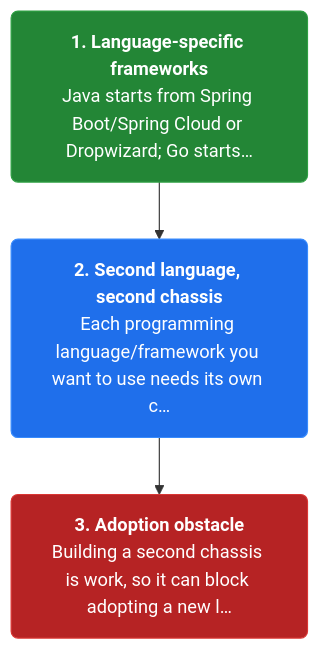
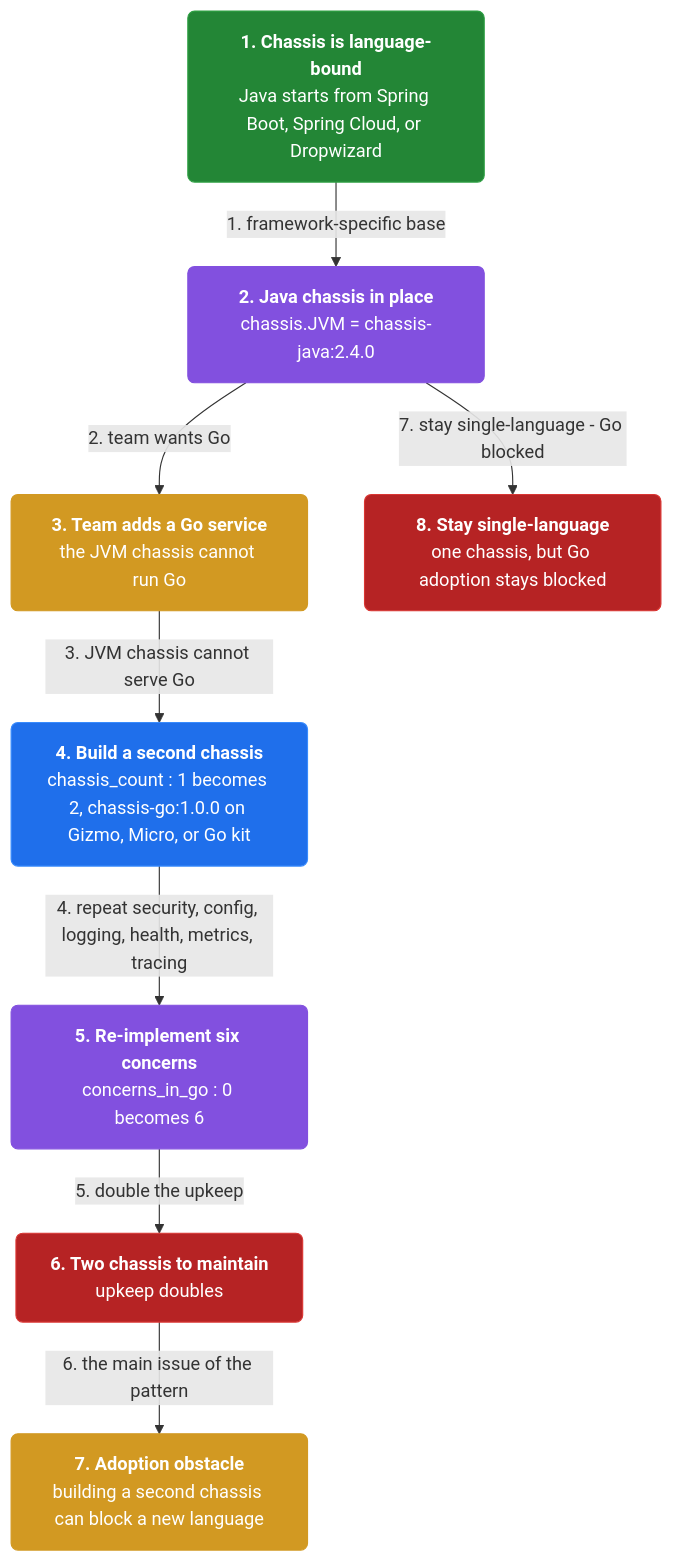
Before and after one commit to vinayakuber/microservices-io-study-guide: the fourth of 4 diagrams in docs/ch30-microservice-chassis.md, drawn with Mermaid. The commit also changed other lines of this file and 46 other files, not shown here.

First line of the commit message:
Author rich branching flow diagrams for all 44 chapters

````diff
--- a/docs/ch30-microservice-chassis.md
+++ b/docs/ch30-microservice-chassis.md
@@ -141,11 +167,23 @@
 ```mermaid
 flowchart TD
-  classDef step fill:#1f6feb,color:#ffffff,stroke:#388bfd,stroke-width:1px,rx:6
+  classDef step fill:#1f6feb,color:#ffffff,stroke:#388bfd,rx:6
+  classDef core fill:#8250df,color:#ffffff,stroke:#8250df,rx:6
+  classDef warn fill:#d29922,color:#ffffff,stroke:#d29922,rx:6
   classDef start fill:#238636,color:#ffffff,stroke:#2ea043,rx:6
   classDef stop fill:#b62324,color:#ffffff,stroke:#da3633,rx:6
-  s3n0["<b>1. Language-specific frameworks</b><br/>Java starts from Spring Boot/Spring Cloud or Dropwizard; Go starts…"]:::start
-  s3n1["<b>2. Second language, second chassis</b><br/>Each programming language/framework you want to use needs its own c…"]:::step
-  s3n2["<b>3. Adoption obstacle</b><br/>Building a second chassis is work, so it can block adopting a new l…"]:::stop
-  s3n0 --> s3n1
-  s3n1 --> s3n2
+  n0["<b>1. Chassis is language-bound</b><br/>Java starts from Spring Boot, Spring Cloud, or Dropwizard"]:::start
+  n1["<b>2. Java chassis in place</b><br/>chassis.JVM = chassis-java:2.4.0"]:::core
+  n2["<b>3. Team adds a Go service</b><br/>the JVM chassis cannot run Go"]:::warn
+  n3["<b>4. Build a second chassis</b><br/>chassis_count : 1 becomes 2, chassis-go:1.0.0 on Gizmo, Micro, or Go kit"]:::step
+  n4["<b>5. Re-implement six concerns</b><br/>concerns_in_go : 0 becomes 6"]:::core
+  n5["<b>6. Two chassis to maintain</b><br/>upkeep doubles"]:::stop
+  n6["<b>7. Adoption obstacle</b><br/>building a second chassis can block a new language"]:::warn
+  n7["<b>8. Stay single-language</b><br/>one chassis, but Go adoption stays blocked"]:::stop
+  n0 -->|"1. framework-specific base"| n1
+  n1 -->|"2. team wants Go"| n2
+  n2 -->|"3. JVM chassis cannot serve Go"| n3
+  n3 -->|"4. repeat security, config, logging, health, metrics, tracing"| n4
+  n4 -->|"5. double the upkeep"| n5
+  n5 -->|"6. the main issue of the pattern"| n6
+  n1 -->|"7. stay single-language - Go blocked"| n7
 ```
````
